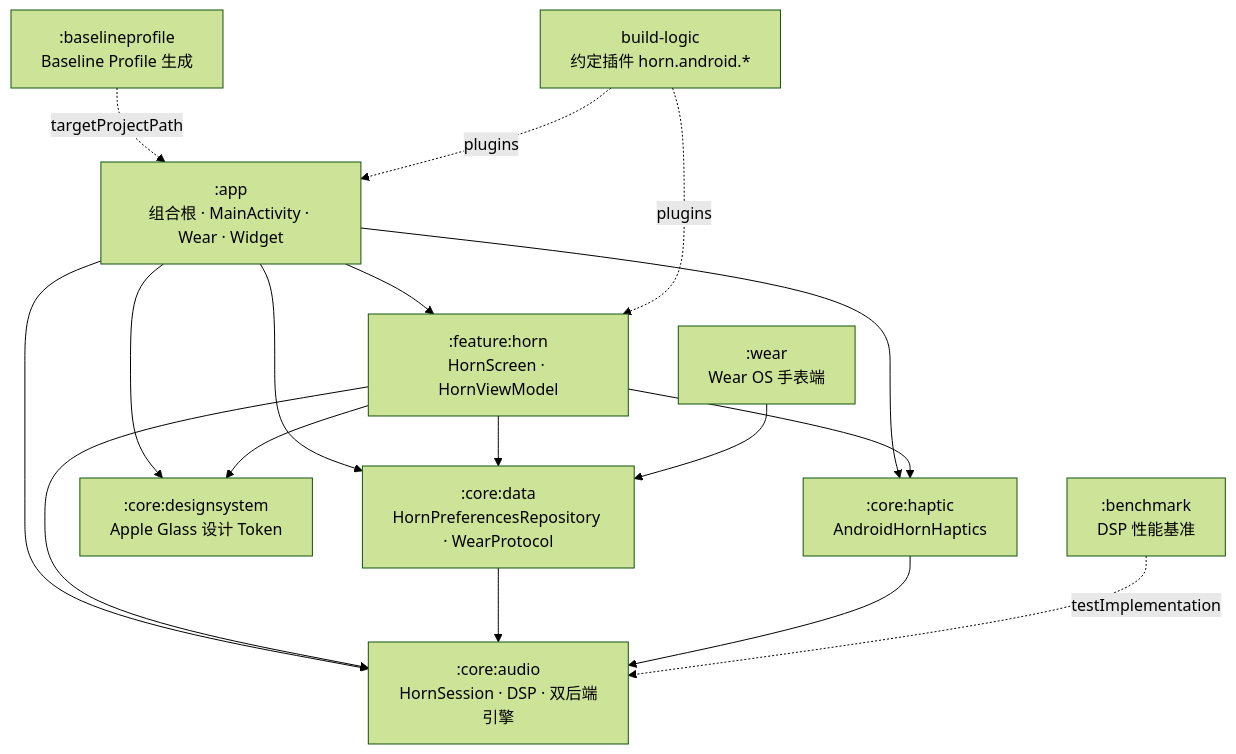
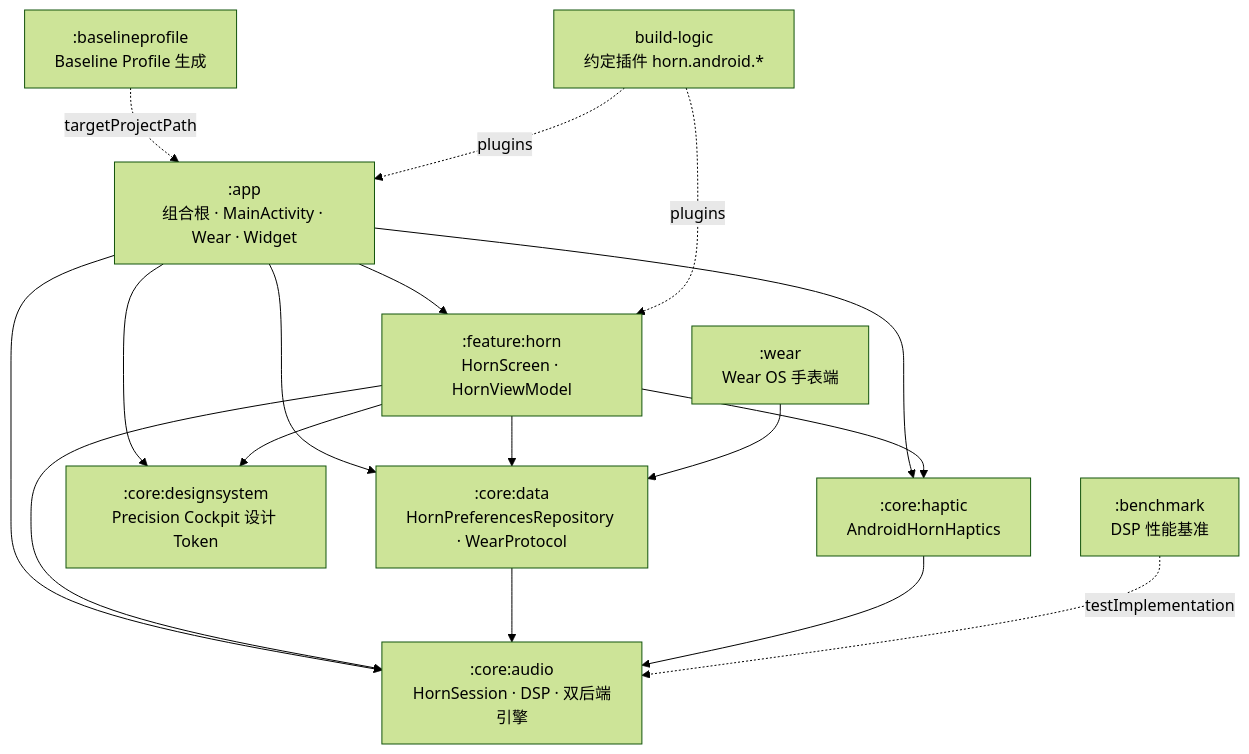
Before and after one commit to 424635328/Horn: the first of 3 diagrams in docs/spec/01-system-architecture.md, drawn with Mermaid (forest theme). The commit also changed other lines of this file and 15 other files, not shown here.

````diff
--- a/docs/spec/01-system-architecture.md
+++ b/docs/spec/01-system-architecture.md
@@ -27,30 +27,30 @@
 ```mermaid
 graph TD
     APP[":app<br/>组合根 · MainActivity · Wear · Widget"]
     WEAR[":wear<br/>Wear OS 手表端"]
     FH[":feature:horn<br/>HornScreen · HornViewModel"]
     CA[":core:audio<br/>HornSession · DSP · 双后端引擎"]
     CD[":core:data<br/>HornPreferencesRepository · WearProtocol"]
     CH[":core:haptic<br/>AndroidHornHaptics"]
-    DS[":core:designsystem<br/>Apple Glass 设计 Token"]
+    DS[":core:designsystem<br/>Precision Cockpit 设计 Token"]
     BM[":benchmark<br/>DSP 性能基准"]
     BP[":baselineprofile<br/>Baseline Profile 生成"]
     BL["build-logic<br/>约定插件 horn.android.*"]
 
     APP --> FH
     APP --> CA
     APP --> CD
     APP --> CH
     APP --> DS
     FH --> CA
     FH --> CD
     FH --> CH
     FH --> DS
     CD --> CA
     CH --> CA
     WEAR --> CD
     BM -.->|"testImplementation"| CA
     BP -.->|"targetProjectPath"| APP
     BL -.->|"plugins"| APP
     BL -.->|"plugins"| FH
 ```
````
